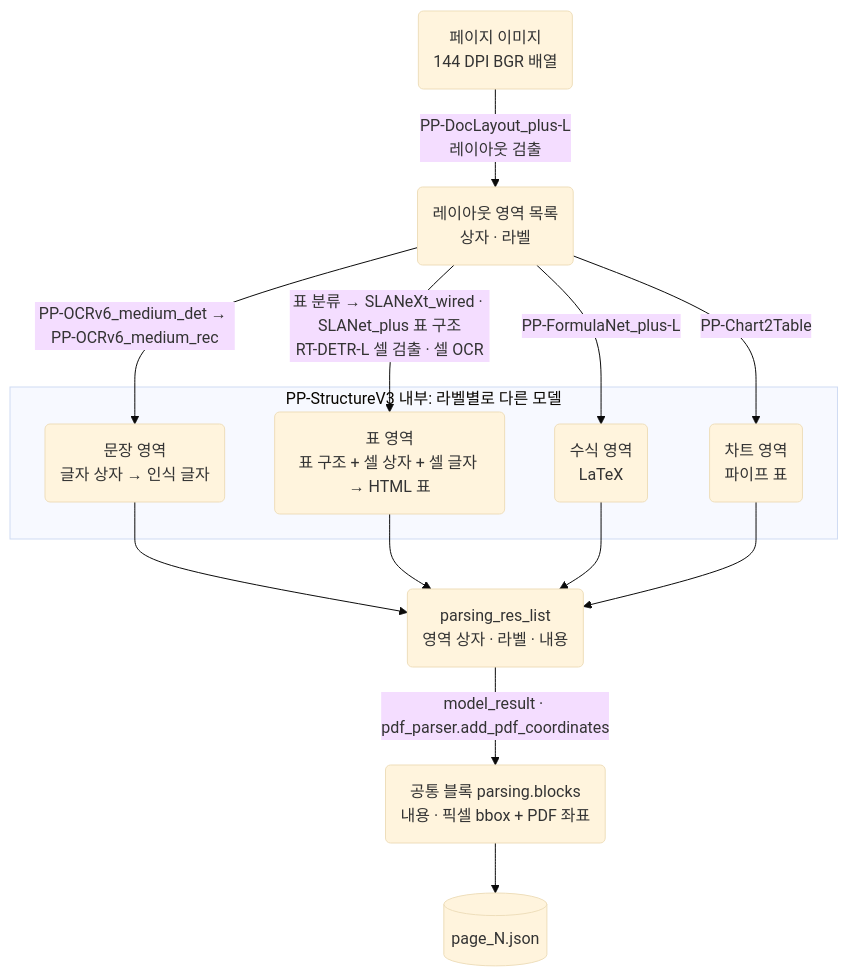
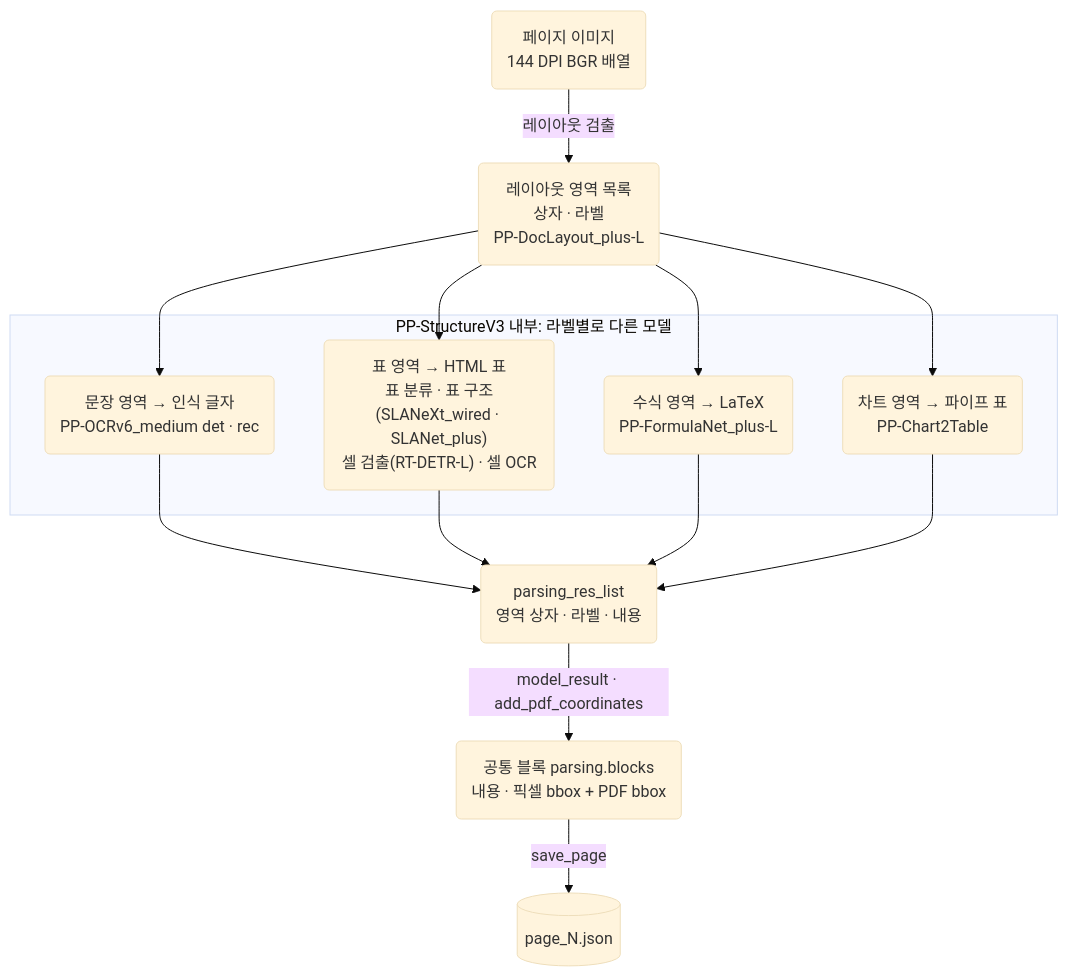
The diagram in docs/parsing/log/2026-10-30_structure.md (LeF-0213/MMDocIR_Multimodal_RAG), drawn with Mermaid (base theme) before and after one commit. The commit also changed other lines of this file and 16 other files, not shown here.

````diff
--- a/docs/parsing/log/2026-10-30_structure.md
+++ b/docs/parsing/log/2026-10-30_structure.md
@@ -74,28 +74,28 @@
 ```mermaid
 flowchart TD
     IMG("페이지 이미지<br/>144 DPI BGR 배열")
-    REG("레이아웃 영역 목록<br/>상자 · 라벨")
+    REG("레이아웃 영역 목록<br/>상자 · 라벨<br/>PP-DocLayout_plus-L")
 
     subgraph STIN["PP-StructureV3 내부: 라벨별로 다른 모델"]
-        TXT("문장 영역<br/>글자 상자 → 인식 글자")
-        TAB("표 영역<br/>표 구조 + 셀 상자 + 셀 글자 → HTML 표")
-        FOR("수식 영역<br/>LaTeX")
-        CHA("차트 영역<br/>파이프 표")
+        TXT("문장 영역 → 인식 글자<br/>PP-OCRv6_medium det · rec")
+        TAB("표 영역 → HTML 표<br/>표 분류 · 표 구조(SLANeXt_wired · SLANet_plus)<br/>셀 검출(RT-DETR-L) · 셀 OCR")
+        FOR("수식 영역 → LaTeX<br/>PP-FormulaNet_plus-L")
+        CHA("차트 영역 → 파이프 표<br/>PP-Chart2Table")
     end
 
     RES("parsing_res_list<br/>영역 상자 · 라벨 · 내용")
-    BLOCKS("공통 블록 parsing.blocks<br/>내용 · 픽셀 bbox + PDF 좌표")
+    BLOCKS("공통 블록 parsing.blocks<br/>내용 · 픽셀 bbox + PDF bbox")
     PJSON[("page_N.json")]
 
-    IMG -->|"PP-DocLayout_plus-L<br/>레이아웃 검출"| REG
-    REG -->|"PP-OCRv6_medium_det → PP-OCRv6_medium_rec"| TXT
-    REG -->|"표 분류 → SLANeXt_wired · SLANet_plus 표 구조<br/>RT-DETR-L 셀 검출 · 셀 OCR"| TAB
-    REG -->|"PP-FormulaNet_plus-L"| FOR
-    REG -->|"PP-Chart2Table"| CHA
+    IMG -->|"레이아웃 검출"| REG
+    REG --> TXT
+    REG --> TAB
+    REG --> FOR
+    REG --> CHA
     TXT --> RES
     TAB --> RES
     FOR --> RES
     CHA --> RES
-    RES -->|"model_result · pdf_parser.add_pdf_coordinates"| BLOCKS
-    BLOCKS --> PJSON
+    RES -->|"model_result · add_pdf_coordinates"| BLOCKS
+    BLOCKS -->|"save_page"| PJSON
 ```
````
